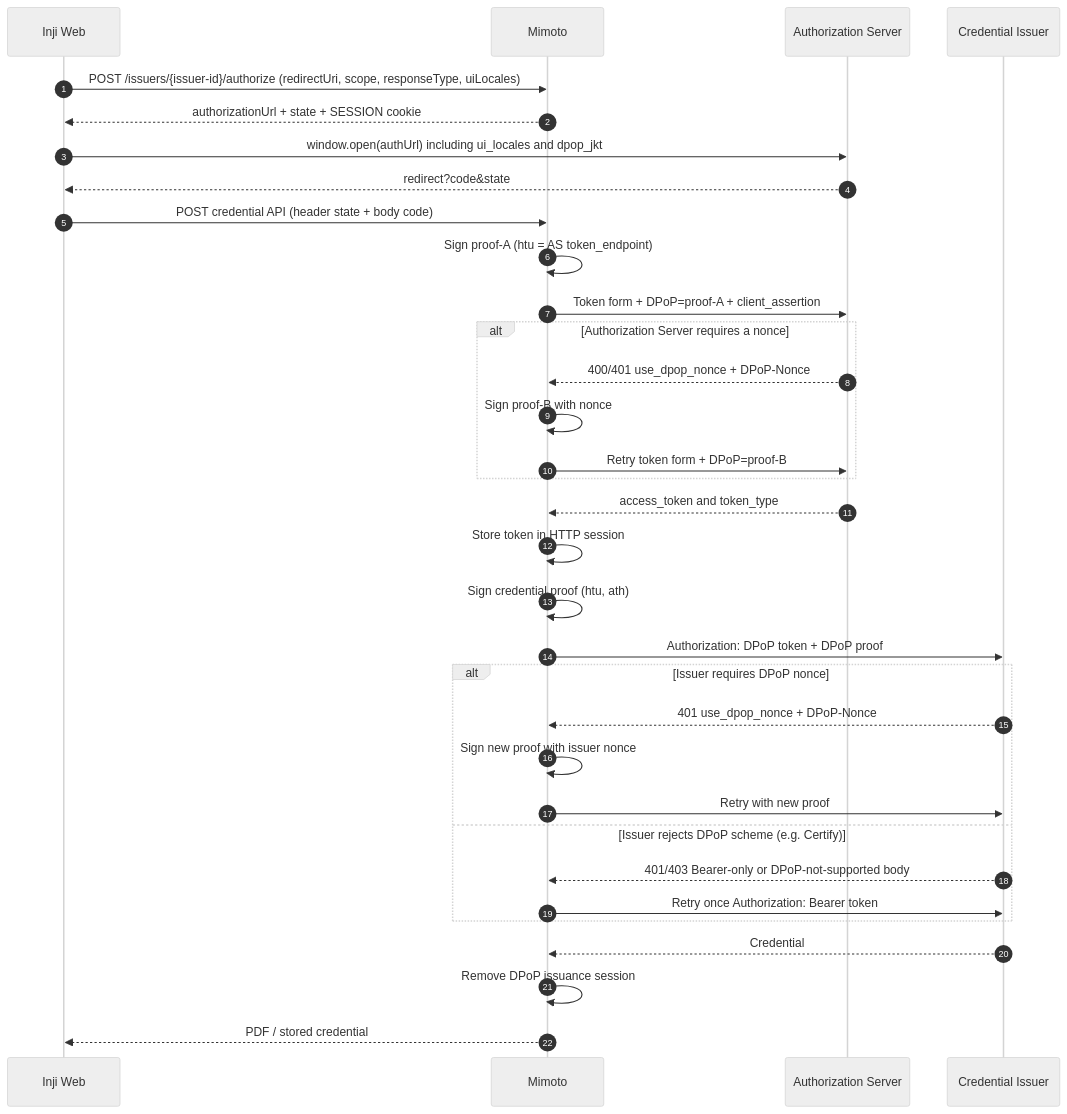
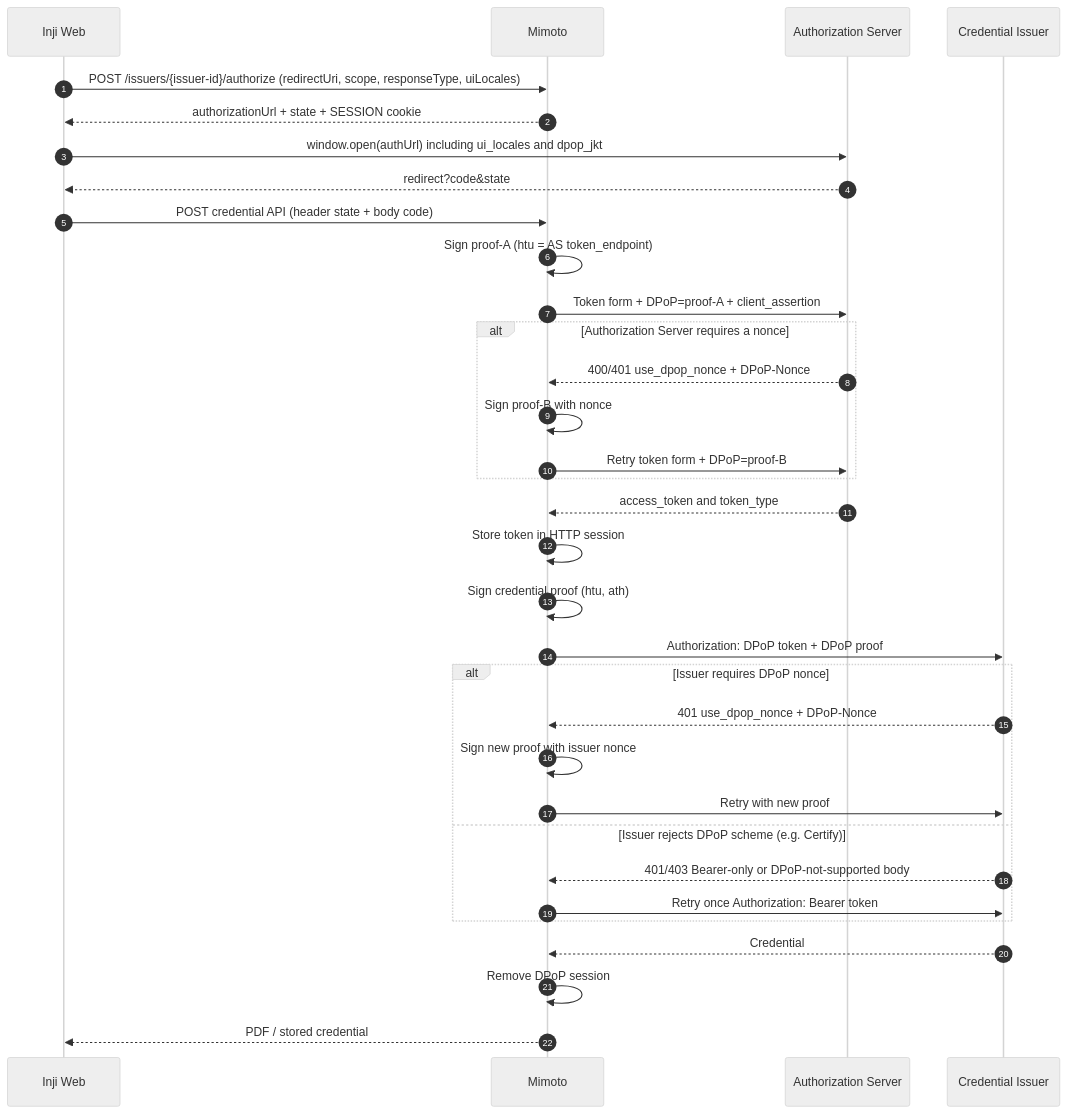
The second of 4 diagrams in docs/dpop-support.md (MadhuMosip/inji-web), drawn with Mermaid (neutral theme) before and after one commit. The commit also changed other lines of this file and 4 other files, not shown here.

````diff
--- a/docs/dpop-support.md
+++ b/docs/dpop-support.md
@@ -191,36 +191,36 @@
 ```mermaid
 sequenceDiagram
   autonumber
   participant W as Inji Web
   participant M as Mimoto
   participant AS as Authorization Server
   participant CI as Credential Issuer
 
   W->>M: POST /issuers/{issuer-id}/authorize (redirectUri, scope, responseType, uiLocales)
   M-->>W: authorizationUrl + state + SESSION cookie
   W->>AS: window.open(authUrl) including ui_locales and dpop_jkt
   AS-->>W: redirect?code&state
   W->>M: POST credential API (header state + body code)
   M->>M: Sign proof-A (htu = AS token_endpoint)
   M->>AS: Token form + DPoP=proof-A + client_assertion
   alt Authorization Server requires a nonce
     AS-->>M: 400/401 use_dpop_nonce + DPoP-Nonce
     M->>M: Sign proof-B with nonce
     M->>AS: Retry token form + DPoP=proof-B
   end
   AS-->>M: access_token and token_type
   M->>M: Store token in HTTP session
   M->>M: Sign credential proof (htu, ath)
   M->>CI: Authorization: DPoP token + DPoP proof
   alt Issuer requires DPoP nonce
     CI-->>M: 401 use_dpop_nonce + DPoP-Nonce
     M->>M: Sign new proof with issuer nonce
     M->>CI: Retry with new proof
   else Issuer rejects DPoP scheme (e.g. Certify)
     CI-->>M: 401/403 Bearer-only or DPoP-not-supported body
     M->>CI: Retry once Authorization: Bearer token
   end
   CI-->>M: Credential
-  M->>M: Remove DPoP issuance session
+  M->>M: Remove DPoP session
   M-->>W: PDF / stored credential
 ```
````
